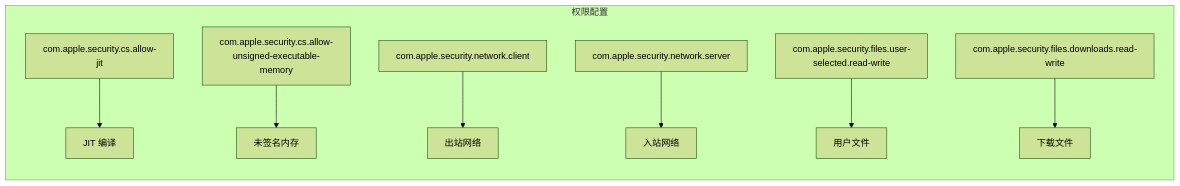
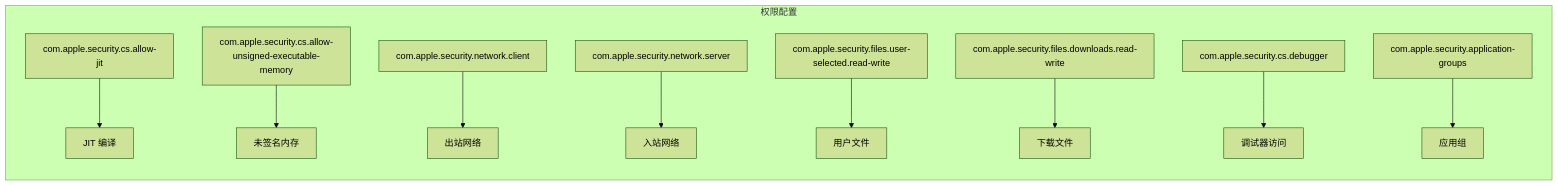
The sixth of 18 diagrams in .qoder/repowiki/zh/content/Electron Packaging Configuration.md (verse-ai-org/openclaw), drawn with Mermaid (forest theme) before and after one commit. The commit also changed other lines of this file and 75 other files, not shown here.

````diff
--- a/.qoder/repowiki/zh/content/Electron Packaging Configuration.md
+++ b/.qoder/repowiki/zh/content/Electron Packaging Configuration.md
@@ -369,11 +390,13 @@
 ```mermaid
 graph LR
 subgraph "权限配置"
 A[com.apple.security.cs.allow-jit] --> B[JIT 编译]
 C[com.apple.security.cs.allow-unsigned-executable-memory] --> D[未签名内存]
 E[com.apple.security.network.client] --> F[出站网络]
 G[com.apple.security.network.server] --> H[入站网络]
 I[com.apple.security.files.user-selected.read-write] --> J[用户文件]
 K[com.apple.security.files.downloads.read-write] --> L[下载文件]
+M[com.apple.security.cs.debugger] --> N[调试器访问]
+O[com.apple.security.application-groups] --> P[应用组]
 end
 ```
````
